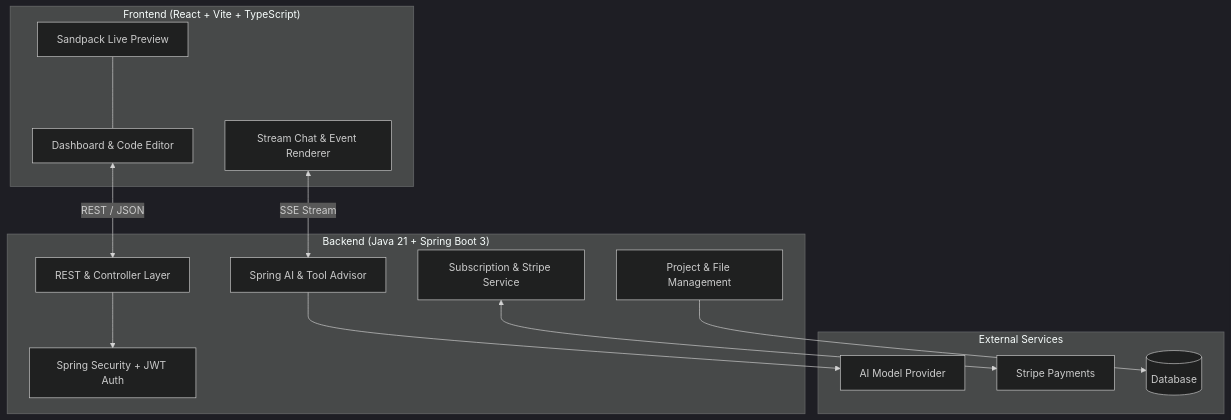
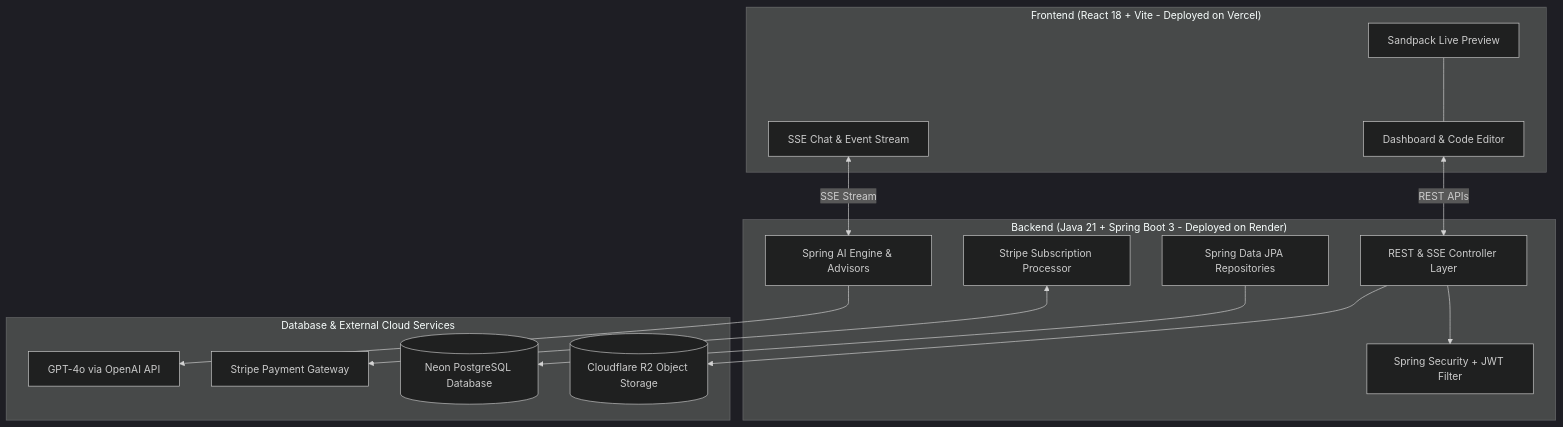
One commit to rayshivam30/AI-Powered-Full-Stack-App-Builder changed the diagram in README.md. Above: the diagram before and after it, drawn with Mermaid (dark theme). The commit also changed other lines of this file and 1 other file, not shown here.

Commit message:
docs: update deployment architecture to Render, Vercel, Neon, and Cloudflare R2

````diff
--- a/README.md
+++ b/README.md
@@ -45,30 +169,32 @@
 ```mermaid
 graph TD
-    subgraph Client ["Frontend (React + Vite + TypeScript)"]
+    subgraph Client ["Frontend (React 18 + Vite - Deployed on Vercel)"]
         UI[Dashboard & Code Editor]
         SP[Sandpack Live Preview]
-        Chat[Stream Chat & Event Renderer]
+        Chat[SSE Chat & Event Stream]
     end
 
-    subgraph Server ["Backend (Java 21 + Spring Boot 3)"]
-        API[REST & Controller Layer]
-        Sec[Spring Security + JWT Auth]
-        AI[Spring AI & Tool Advisor]
-        Sub[Subscription & Stripe Service]
-        Proj[Project & File Management]
+    subgraph Server ["Backend (Java 21 + Spring Boot 3 - Deployed on Render)"]
+        API[REST & SSE Controller Layer]
+        Sec[Spring Security + JWT Filter]
+        AI[Spring AI Engine & Advisors]
+        Sub[Stripe Subscription Processor]
+        DB_Layer[Spring Data JPA Repositories]
     end
 
-    subgraph External ["External Services"]
-        LLM[AI Model Provider]
-        Stripe[Stripe Payments]
-        DB[(Database)]
+    subgraph Infrastructure ["Database & External Cloud Services"]
+        LLM[GPT-4o via OpenAI API]
+        Stripe[Stripe Payment Gateway]
+        Postgres[(Neon PostgreSQL Database)]
+        Storage[(Cloudflare R2 Object Storage)]
     end
 
-    UI <-->|REST / JSON| API
+    UI <-->|REST APIs| API
     Chat <-->|SSE Stream| AI
     API --> Sec
     AI --> LLM
     Sub <--> Stripe
-    Proj --> DB
+    DB_Layer --> Postgres
+    API --> Storage
     SP <--- UI
 ```
````
